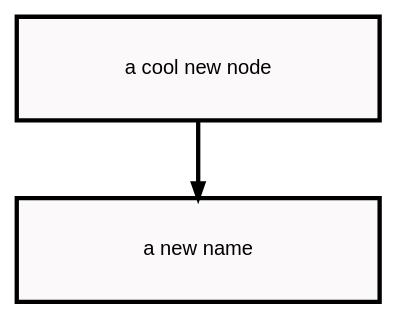
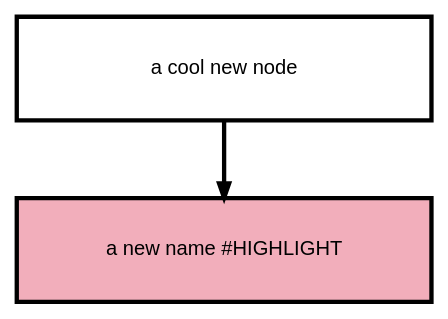
The diagram in examples/readme_example_1.presentation.dot (stevecooperorg/microdot), drawn with Graphviz before and after one commit. The commit also changed 15 other files, not shown here.

```diff
--- a/examples/readme_example_1.presentation.dot
+++ b/examples/readme_example_1.presentation.dot
@@ -1,12 +1,12 @@
 digraph {
 
     graph [fontname = "helvetica" rankdir=TB ranksep=0.75 nodesep=0.5];
-    node [fontname = "helvetica" style="filled" shape=box height=1 width=3.5 penwidth=3];
+    node [fontname = "helvetica" style="filled" shape=box height=1 width=4.0 penwidth=3];
     edge [fontname = "helvetica" penwidth=3 color="#000"];
 
-    "n0" [label="a cool new node" fillcolor="#FCF9FA" color="#000" fontcolor="#000"];
-    "n1" [label="a new name" fillcolor="#FCF9FA" color="#000" fontcolor="#000"];
+    "n0" [label="a cool new node" fillcolor="#FFFFFF" color="#000" fontcolor="#000"];
+    "n1" [label="a new name #HIGHLIGHT" fillcolor="#F2AEBB" color="#000" fontcolor="#000"];
 
     "n0" -> "n1";
 
 }
```
